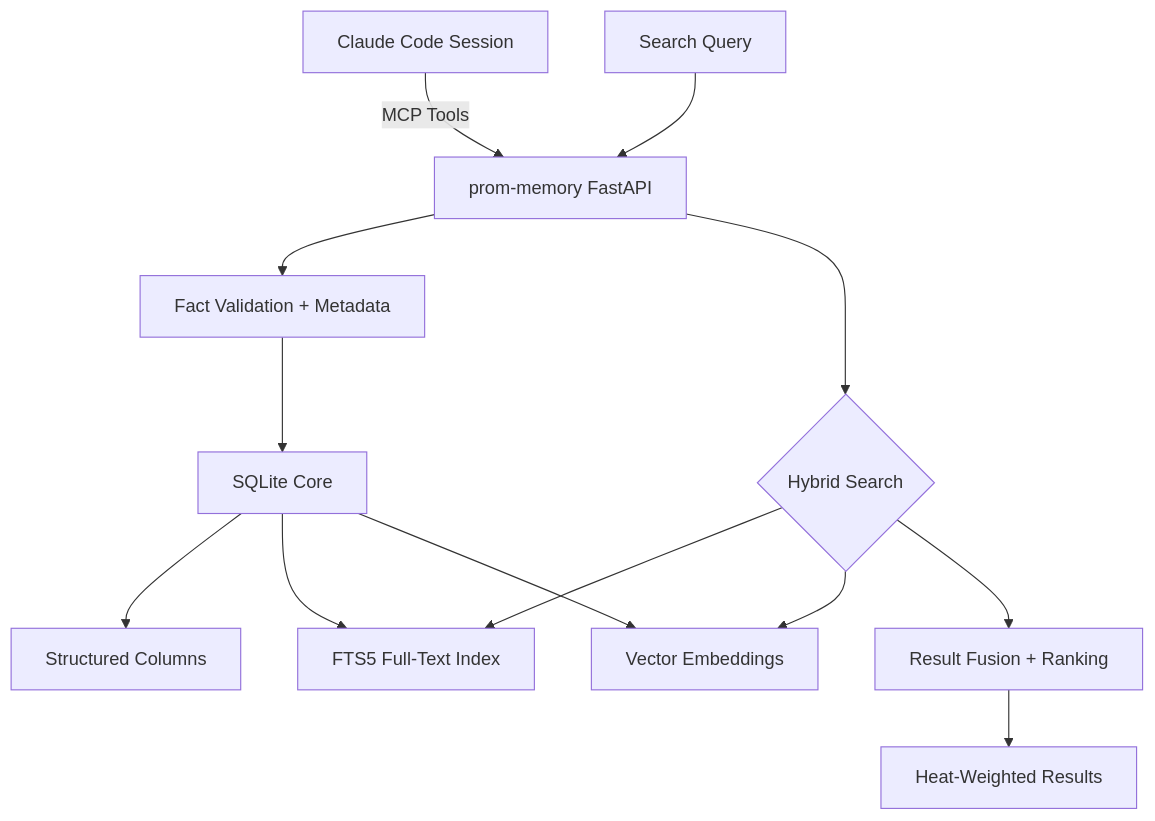
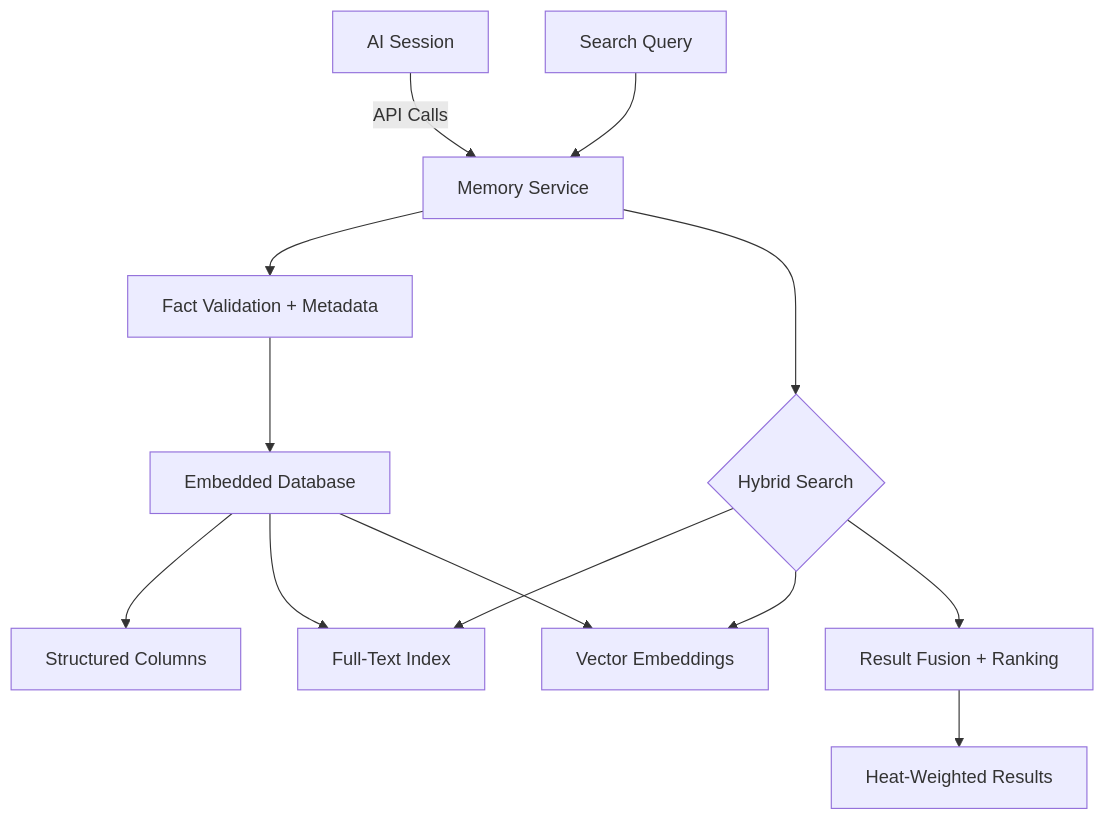
Before and after one commit to CyberdaemonAI/cyberdaemon-site: the first of 3 diagrams in src/content/build-logs/prom-memory.mdx, drawn with Mermaid. The commit also changed other lines of this file and 3 other files, not shown here.

````diff
--- a/src/content/build-logs/prom-memory.mdx
+++ b/src/content/build-logs/prom-memory.mdx
@@ -67,15 +67,15 @@
 ```mermaid
 graph TD
-    A[Claude Code Session] -->|MCP Tools| B[prom-memory FastAPI]
+    A[AI Session] -->|API Calls| B[Memory Service]
     B --> C[Fact Validation + Metadata]
-    C --> D[SQLite Core]
+    C --> D[Embedded Database]
     D --> E[Structured Columns]
-    D --> F[FTS5 Full-Text Index]
+    D --> F[Full-Text Index]
     D --> G[Vector Embeddings]
     H[Search Query] --> B
     B --> I{Hybrid Search}
     I --> F
     I --> G
     I --> J[Result Fusion + Ranking]
     J --> K[Heat-Weighted Results]
 ```
````
